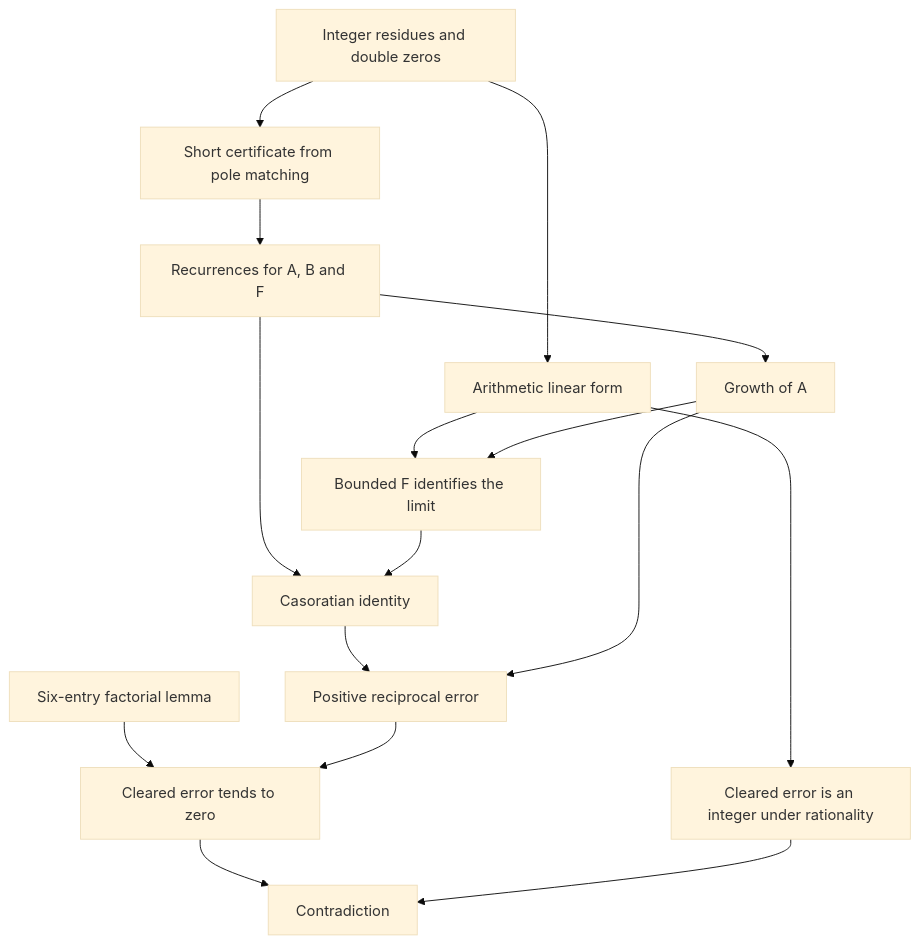
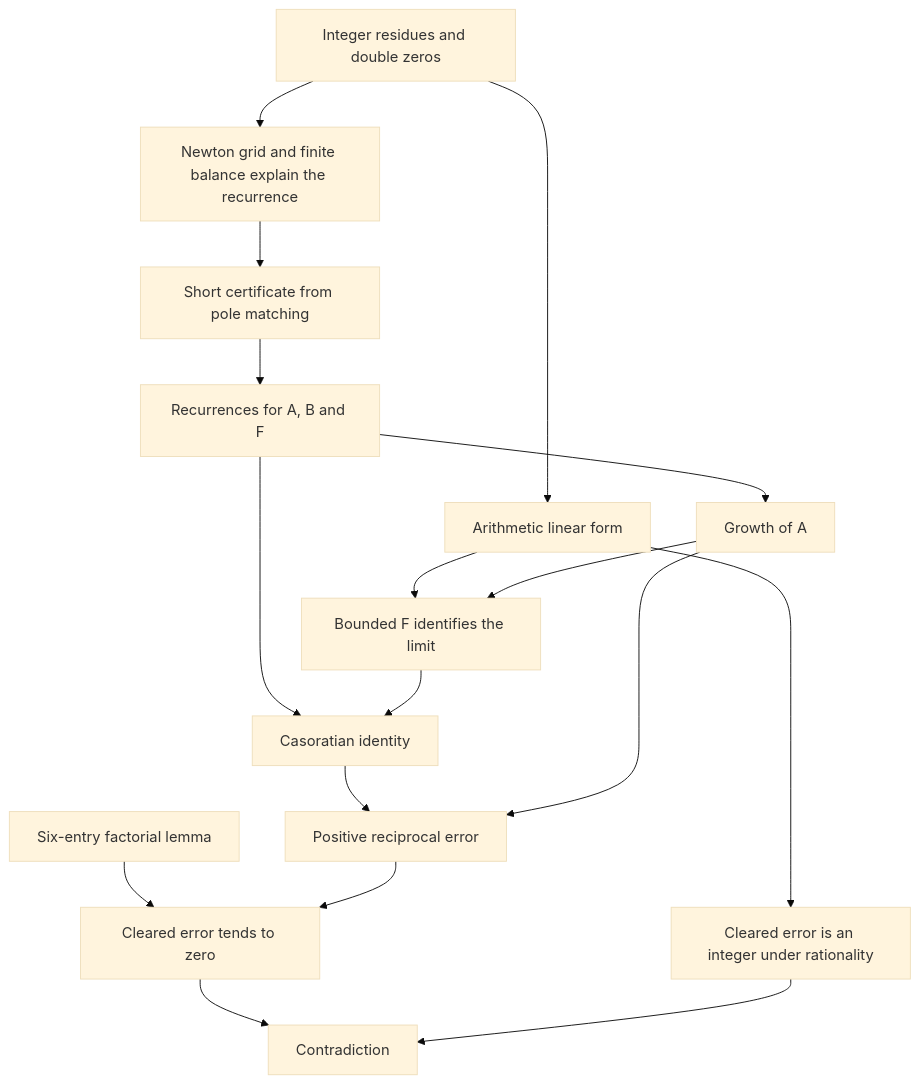
Before and after one commit to BoomydayCoder/Mathathon: the diagram in codex/problem131/discovery-guide.md, drawn with Mermaid (base theme). The commit also changed other lines of this file and 69 other files, not shown here.

````diff
--- a/codex/problem131/discovery-guide.md
+++ b/codex/problem131/discovery-guide.md
@@ -479,18 +577,19 @@
 ```mermaid
 flowchart TD
   A[Integer residues and double zeros] --> B[Arithmetic linear form]
-  A --> C[Short certificate from pole matching]
+  A --> N[Newton grid and finite balance explain the recurrence]
+  N --> C[Short certificate from pole matching]
   C --> D[Recurrences for A, B and F]
   D --> E[Growth of A]
   B --> F[Bounded F identifies the limit]
   E --> F
   D --> G[Casoratian identity]
   F --> G
   G --> H[Positive reciprocal error]
   E --> H
   I[Six-entry factorial lemma] --> J[Cleared error tends to zero]
   H --> J
   B --> K[Cleared error is an integer under rationality]
   J --> L[Contradiction]
   K --> L
 ```
````
